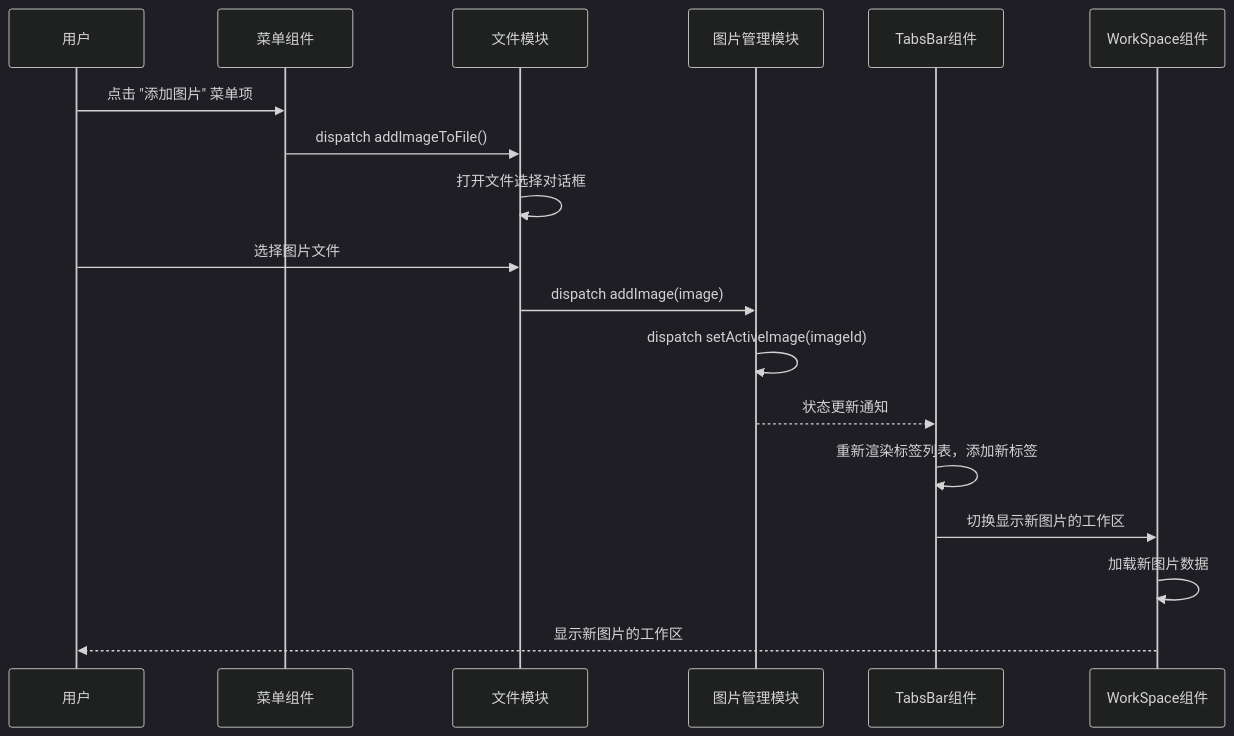
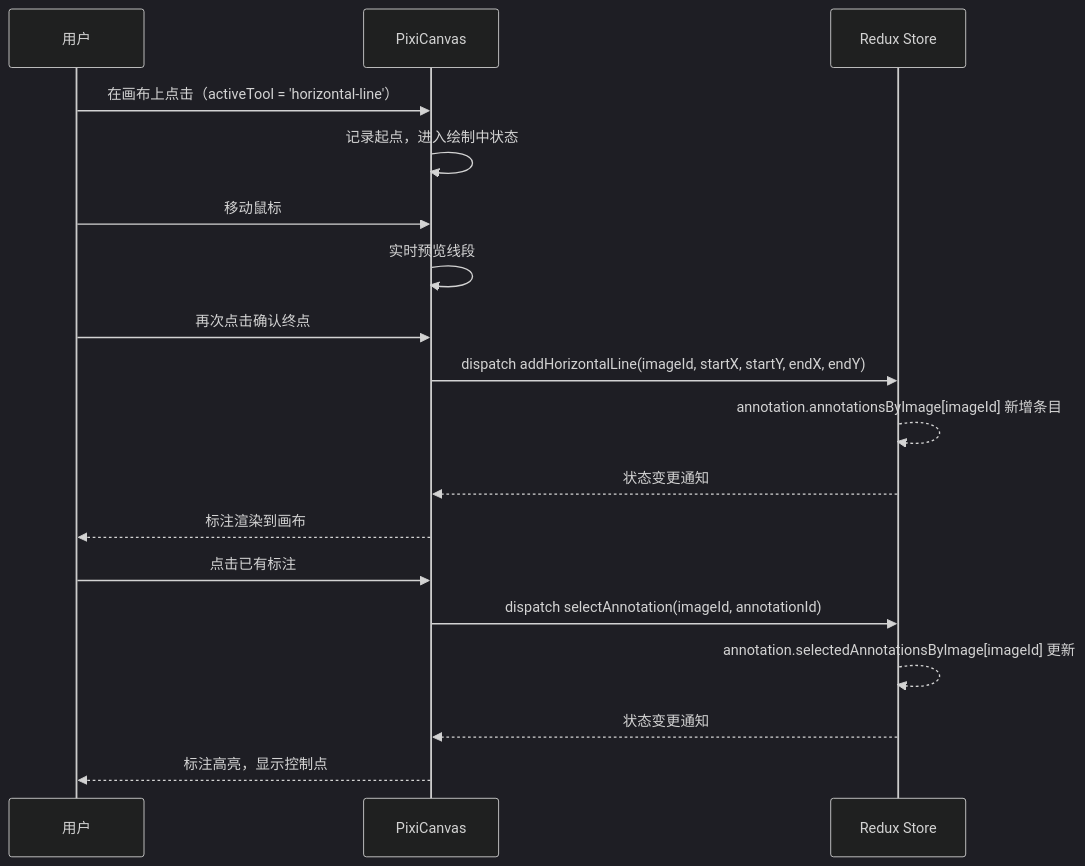
Before and after one commit to kampfer/trae-image-marker: the eighth of 8 diagrams in doc/技术设计/表现层设计.md, drawn with Mermaid (dark theme). The commit also changed other lines of this file, not shown here.

````diff
--- a/doc/技术设计/表现层设计.md
+++ b/doc/技术设计/表现层设计.md
@@ -417,21 +601,22 @@
 ```mermaid
 sequenceDiagram
     participant User as 用户
-    participant MenuBar as 菜单组件
-    participant FileModule as 文件模块
-    participant ImageModule as 图片管理模块
-    participant TabsBar as TabsBar组件
-    participant WorkSpace as WorkSpace组件
+    participant Canvas as PixiCanvas
+    participant Redux as Redux Store
 
-    User->>MenuBar: 点击 "添加图片" 菜单项
-    MenuBar->>FileModule: dispatch addImageToFile()
-    FileModule->>FileModule: 打开文件选择对话框
-    User->>FileModule: 选择图片文件
-    FileModule->>ImageModule: dispatch addImage(image)
-    ImageModule->>ImageModule: dispatch setActiveImage(imageId)
-    ImageModule-->>TabsBar: 状态更新通知
-    TabsBar->>TabsBar: 重新渲染标签列表，添加新标签
-    TabsBar->>WorkSpace: 切换显示新图片的工作区
-    WorkSpace->>WorkSpace: 加载新图片数据
-    WorkSpace-->>User: 显示新图片的工作区
+    User->>Canvas: 在画布上点击（activeTool = 'horizontal-line'）
+    Canvas->>Canvas: 记录起点，进入绘制中状态
+    User->>Canvas: 移动鼠标
+    Canvas->>Canvas: 实时预览线段
+    User->>Canvas: 再次点击确认终点
+    Canvas->>Redux: dispatch addHorizontalLine(imageId, startX, startY, endX, endY)
+    Redux-->>Redux: annotation.annotationsByImage[imageId] 新增条目
+    Redux-->>Canvas: 状态变更通知
+    Canvas-->>User: 标注渲染到画布
+
+    User->>Canvas: 点击已有标注
+    Canvas->>Redux: dispatch selectAnnotation(imageId, annotationId)
+    Redux-->>Redux: annotation.selectedAnnotationsByImage[imageId] 更新
+    Redux-->>Canvas: 状态变更通知
+    Canvas-->>User: 标注高亮，显示控制点
 ```
````
